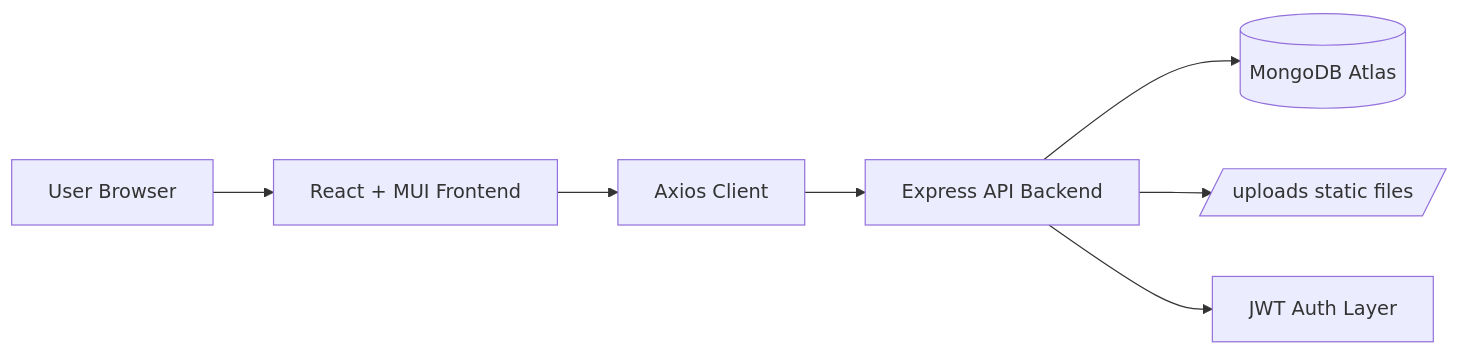
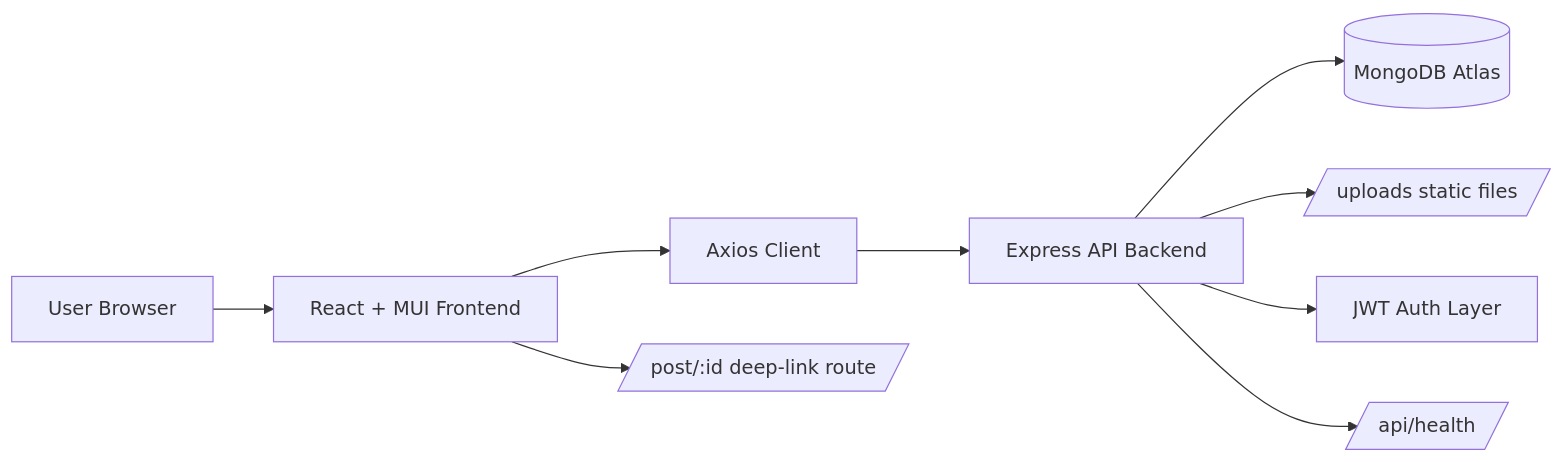
Before and after one commit to Arbab-ofc/Mini-Social-Post-Application: the first of 2 diagrams in README.md, drawn with Mermaid. The commit also changed other lines of this file, not shown here.

Commit message:
docs: update README system map and app flow for sharing

````diff
--- a/README.md
+++ b/README.md
@@ -105,9 +105,11 @@
 ```mermaid
 graph LR
   U[User Browser] --> F[React + MUI Frontend]
   F --> A[Axios Client]
   A --> B[Express API Backend]
   B --> M[(MongoDB Atlas)]
   B --> S[/uploads static files/]
   B --> J[JWT Auth Layer]
+  B --> H[/api/health/]
+  F --> D[/post/:id deep-link route/]
 ```
````
